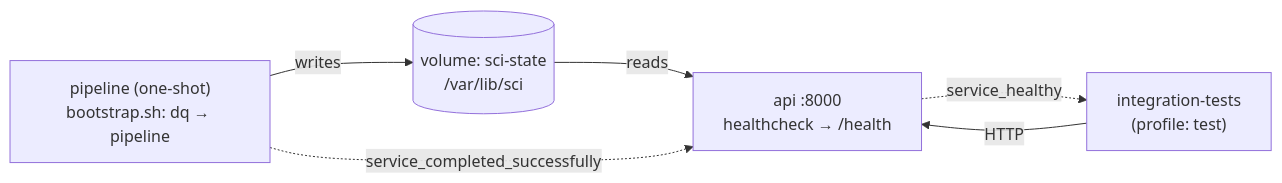
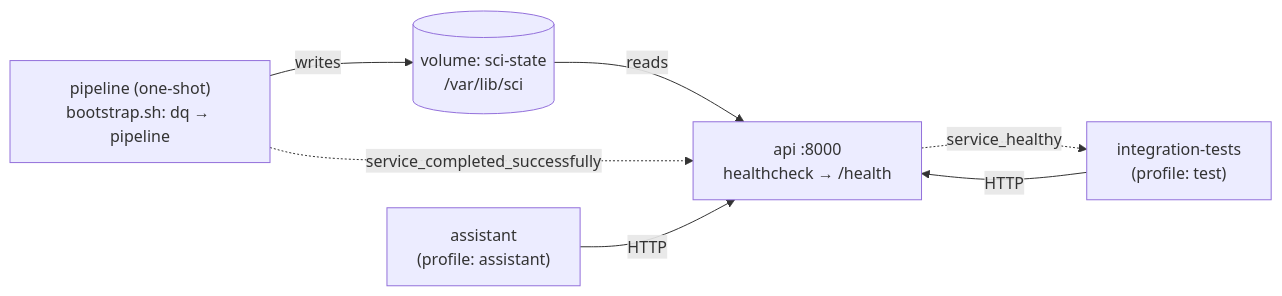
Before and after one commit to shubham11941140/Maersk-Shubham-Gupta: the second of 6 diagrams in README.md, drawn with Mermaid. The commit also changed other lines of this file and 55 other files, not shown here.

````diff
--- a/README.md
+++ b/README.md
@@ -97,8 +117,9 @@
 ```mermaid
 flowchart LR
     pipeline["pipeline (one-shot)<br/>bootstrap.sh: dq → pipeline"] -->|writes| vol[(volume: sci-state<br/>/var/lib/sci)]
     vol -->|reads| api["api :8000<br/>healthcheck → /health"]
     pipeline -. "service_completed_successfully" .-> api
     tests["integration-tests<br/>(profile: test)"] -->|HTTP| api
     api -. "service_healthy" .-> tests
+    asst["assistant<br/>(profile: assistant)"] -->|HTTP| api
 ```
````
